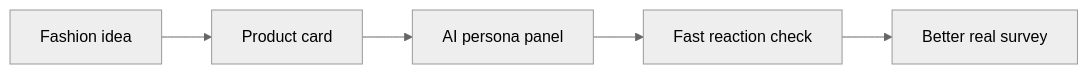
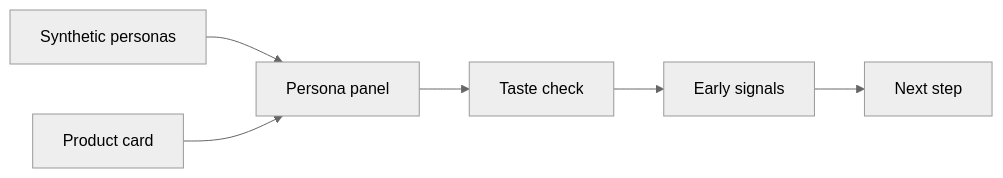
One commit to woooya129-ai/us-fashion-persona changed the diagram in README-ENG.md. Above: the diagram before and after it, drawn with Mermaid (neutral theme). The commit also changed other lines of this file and 12 other files, not shown here.

````diff
--- a/README-ENG.md
+++ b/README-ENG.md
@@ -19,7 +19,8 @@
 ```mermaid
 flowchart LR
-  A["Fashion idea"] --> B["Product card"]
-  B --> C["AI persona panel"]
-  C --> D["Fast reaction check"]
-  D --> E["Better real survey"]
+  A["Synthetic personas"] --> C["Persona panel"]
+  B["Product card"] --> C
+  C --> D["Taste check"]
+  D --> E["Early signals"]
+  E --> F["Next step"]
 ```
````
